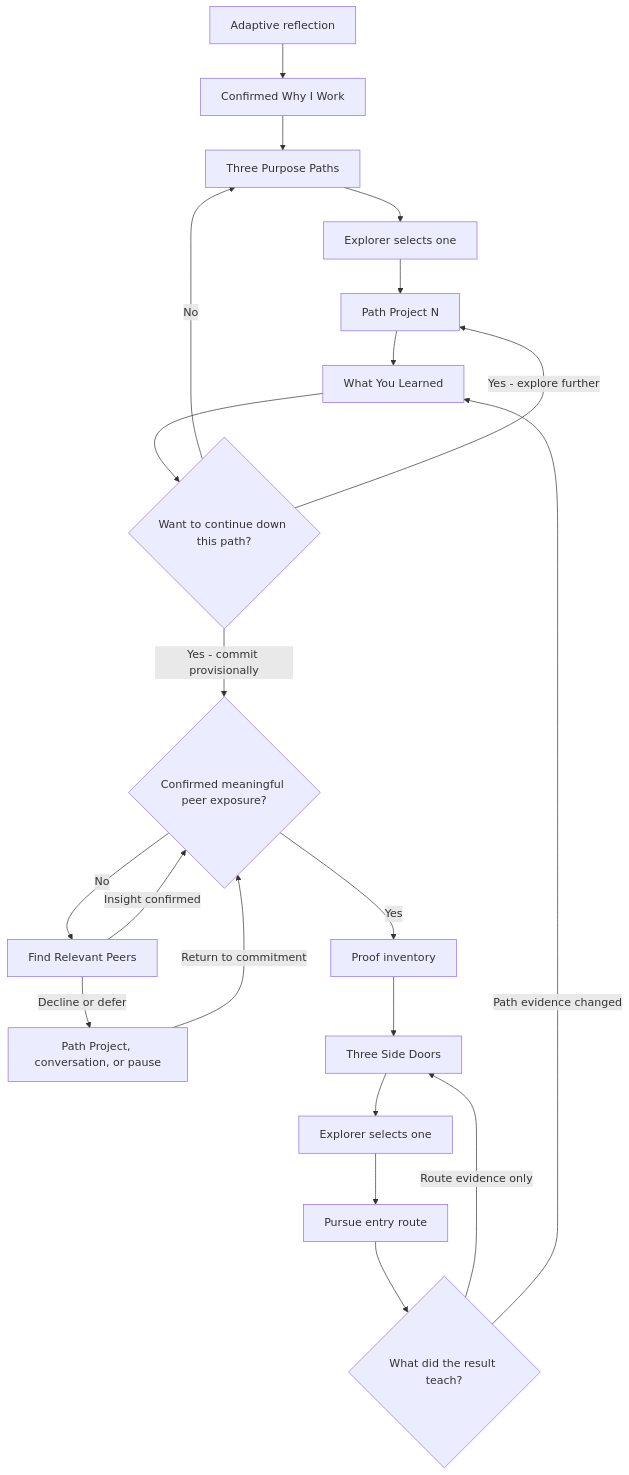
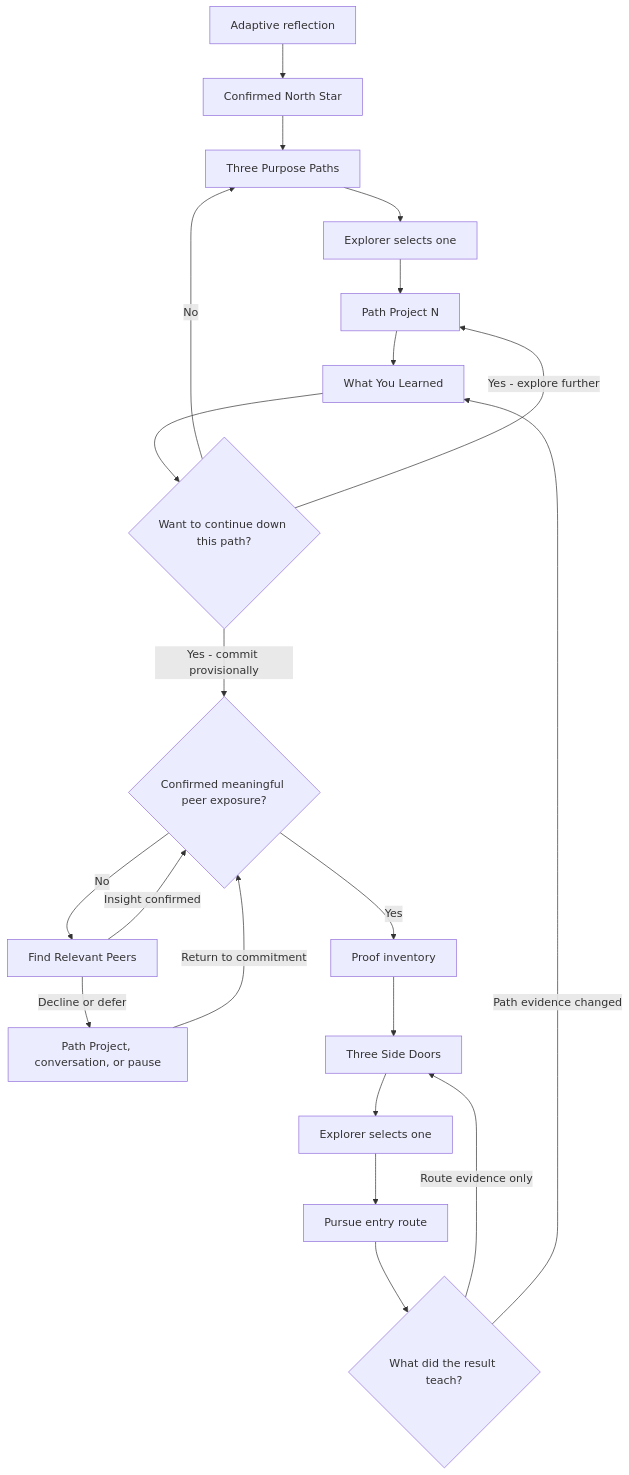
The first of 5 diagrams in docs/plans/2026-08-29-1133-feat-revelio-method-plan.md (andres-monge/ikigai), drawn with Mermaid before and after one commit. The commit also changed other lines of this file and 44 other files, not shown here.

````diff
--- a/docs/plans/2026-08-29-1133-feat-revelio-method-plan.md
+++ b/docs/plans/2026-08-29-1133-feat-revelio-method-plan.md
@@ -77,23 +79,23 @@
 ```mermaid
 flowchart TB
-  A[Adaptive reflection] --> B[Confirmed Why I Work]
+  A[Adaptive reflection] --> B[Confirmed North Star]
   B --> C[Three Purpose Paths]
   C --> D[Explorer selects one]
   D --> E[Path Project N]
   E --> F[What You Learned]
   F --> G{Want to continue down this path?}
   G -->|No| C
   G -->|Yes - explore further| E
   G -->|Yes - commit provisionally| PE{Confirmed meaningful peer exposure?}
   PE -->|No| PERS[Find Relevant Peers]
   PERS -->|Insight confirmed| PE
   PERS -->|Decline or defer| PAUSE[Path Project, conversation, or pause]
   PAUSE -->|Return to commitment| PE
   PE -->|Yes| H[Proof inventory]
   H --> I[Three Side Doors]
   I --> J[Explorer selects one]
   J --> K[Pursue entry route]
   K --> L{What did the result teach?}
   L -->|Route evidence only| I
   L -->|Path evidence changed| F
 ```
````
